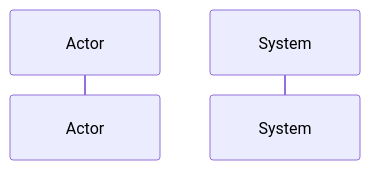
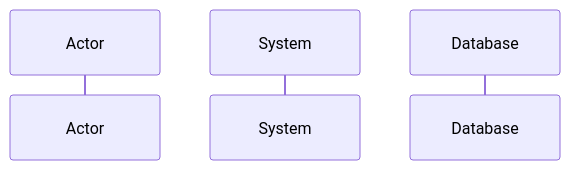
The first of 12 diagrams in System Design/Low Level Design/UML Diagrams/Sequence Diagram.md (binarydevelop/Obsidian-study-vault), drawn with Mermaid before and after one commit.

Commit message:
vault backup: 2025-12-28 19:04:21
Affected files:
System Design/Low Level Design/UML Diagrams/Sequence Diagram.md

````diff
--- a/System Design/Low Level Design/UML Diagrams/Sequence Diagram.md
+++ b/System Design/Low Level Design/UML Diagrams/Sequence Diagram.md
@@ -23,5 +23,7 @@
 ```mermaid
 sequenceDiagram
     participant Actor
     participant System
+    participant Database
+
 ```
````
